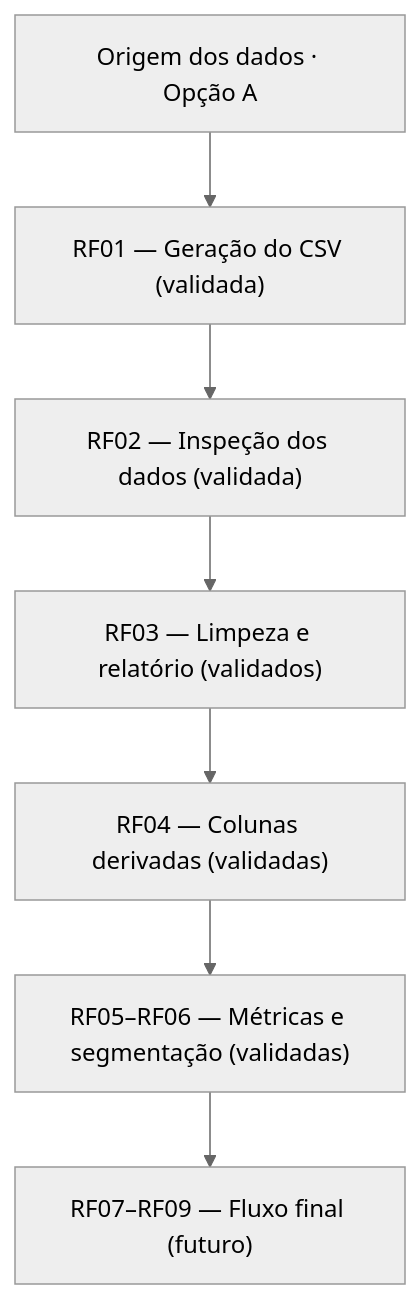
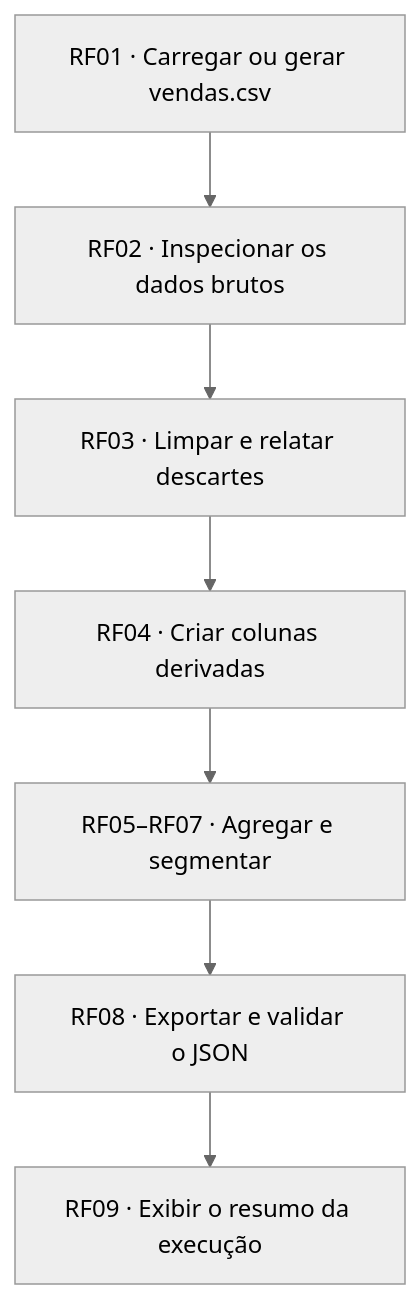
The diagram in README.md (fabcosta-br/salesinsight-py), drawn with Mermaid (neutral theme) before and after one commit. The commit also changed other lines of this file and 9 other files, not shown here.

Commit message:
feat: implementa RF07 a RF09 e conclui fluxo de analise

````diff
--- a/README.md
+++ b/README.md
@@ -27,16 +27,16 @@
 ```mermaid
 flowchart TD
-    origem["Origem dos dados · Opção A"]
-    geracao["RF01 — Geração do CSV (validada)"]
-    inspecao["RF02 — Inspeção dos dados (validada)"]
-    limpeza["RF03 — Limpeza e relatório (validados)"]
-    transformacao["RF04 — Colunas derivadas (validadas)"]
-    analise["RF05–RF06 — Métricas e segmentação (validadas)"]
-    entrega["RF07–RF09 — Fluxo final (futuro)"]
-    origem --> geracao
+    geracao["RF01 · Carregar ou gerar vendas.csv"]
+    inspecao["RF02 · Inspecionar os dados brutos"]
+    limpeza["RF03 · Limpar e relatar descartes"]
+    transformacao["RF04 · Criar colunas derivadas"]
+    analise["RF05–RF07 · Agregar e segmentar"]
+    exportacao["RF08 · Exportar e validar o JSON"]
+    resumo["RF09 · Exibir o resumo da execução"]
     geracao --> inspecao
     inspecao --> limpeza
     limpeza --> transformacao
     transformacao --> analise
-    analise --> entrega
+    analise --> exportacao
+    exportacao --> resumo
 ```
````
